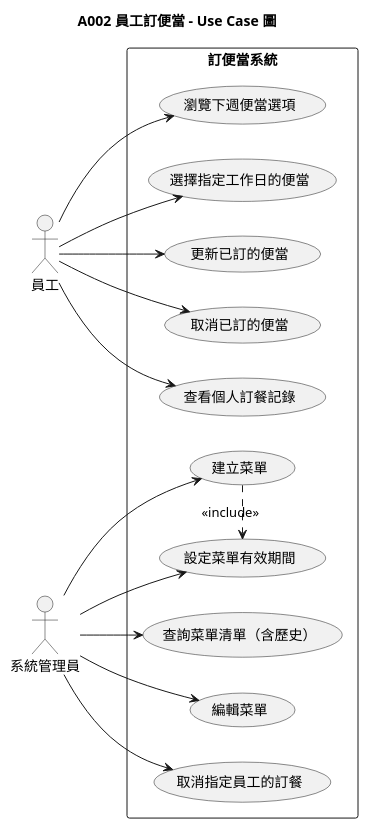
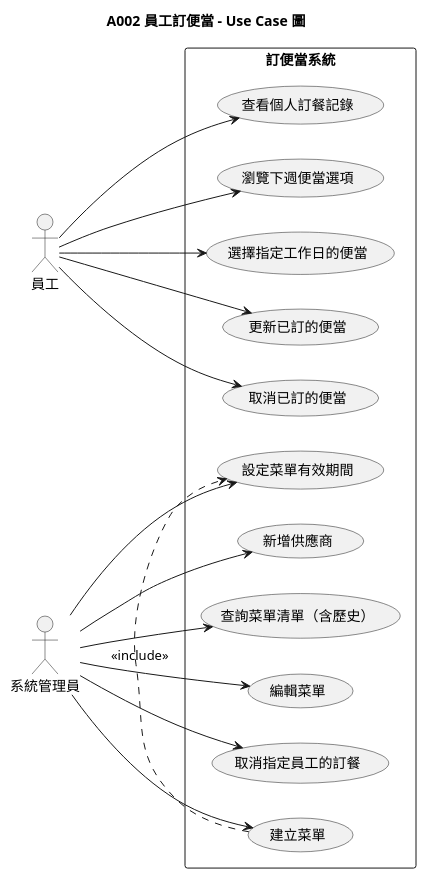
One commit to teyhawzhe/bento-uml changed the diagram in output/A002/A002-usecase.puml. Above: the diagram before and after it, drawn with PlantUML. The commit also changed 15 other files, not shown here.

```diff
--- a/output/A002/A002-usecase.puml
+++ b/output/A002/A002-usecase.puml
@@ -1,36 +1,38 @@
 @startuml A002-usecase
 
 left to right direction
 title A002 員工訂便當 - Use Case 圖
 
 actor 員工
 actor 系統管理員
 
 rectangle 訂便當系統 {
   usecase "瀏覽下週便當選項" as UC1
   usecase "選擇指定工作日的便當" as UC2
   usecase "更新已訂的便當" as UC8
   usecase "取消已訂的便當" as UC3
   usecase "查看個人訂餐記錄" as UC4
+  usecase "新增供應商" as UC11
   usecase "建立菜單" as UC5
   usecase "設定菜單有效期間" as UC6
   usecase "查詢菜單清單（含歷史）" as UC9
   usecase "編輯菜單" as UC10
   usecase "取消指定員工的訂餐" as UC7
 }
 
 員工 --> UC1
 員工 --> UC2
 員工 --> UC8
 員工 --> UC3
 員工 --> UC4
 
+系統管理員 --> UC11
 系統管理員 --> UC5
 系統管理員 --> UC6
 系統管理員 --> UC9
 系統管理員 --> UC10
 系統管理員 --> UC7
 
 UC5 .> UC6 : <<include>>
 
 @enduml
```
